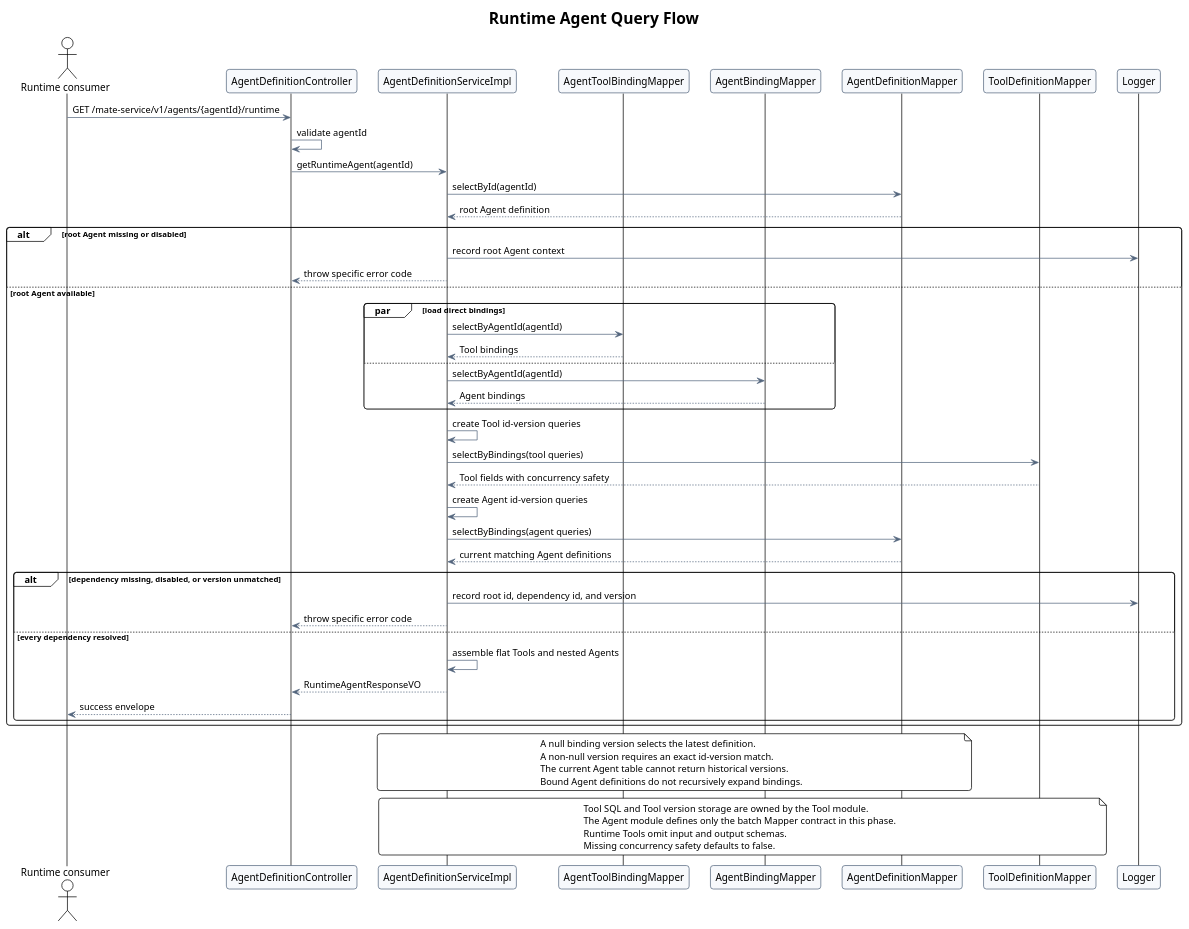
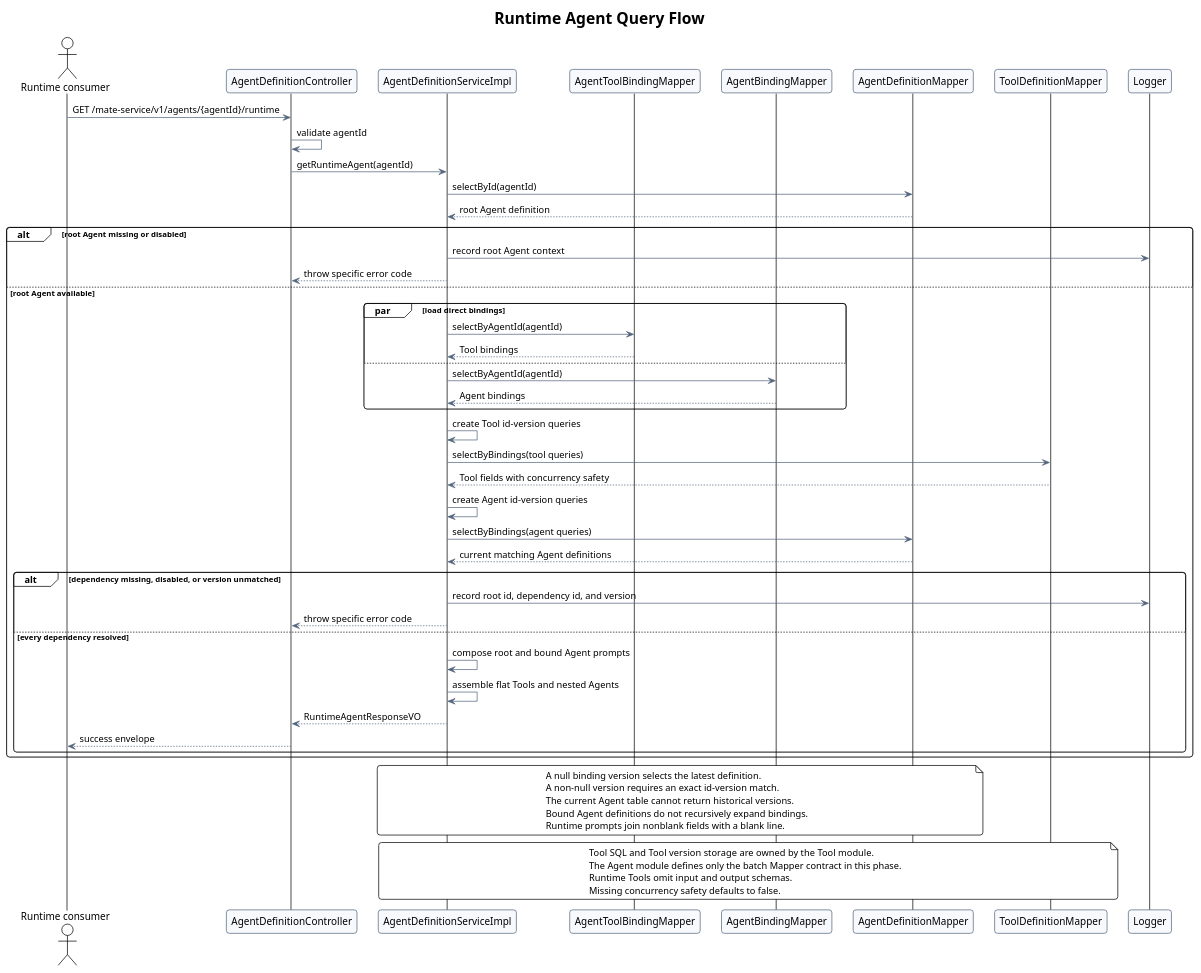
One commit to ssm0808/pi-mono-java-design changed the second of 2 diagrams in agent-metadata-gaussdb-design/diagram.puml. Above: the diagram before and after it, drawn with PlantUML. The commit also changed other lines of this file and 3 other files, not shown here.

Commit message:
docs(agent): define runtime system prompt composition

```diff
--- a/agent-metadata-gaussdb-design/diagram.puml
+++ b/agent-metadata-gaussdb-design/diagram.puml
@@ -171,105 +172,108 @@
 @startuml runtime_agent_query_flow
 !theme plain
 title Runtime Agent Query Flow
 
 skinparam backgroundColor #FFFFFF
 skinparam shadowing false
 skinparam roundcorner 8
 skinparam sequenceArrowThickness 1
 skinparam ArrowColor #53657D
 skinparam ParticipantBorderColor #53657D
 skinparam ParticipantBackgroundColor #F7F9FC
 
 ' Source evidence:
 ' - mate-service baseline path and symbols:
 '   src/main/java/com/huawei/hicampus/mate/agentdefinition/controller/AgentDefinitionController.java
 '   AgentDefinitionController.getAgent.
 '   src/main/java/com/huawei/hicampus/mate/agentdefinition/service/AgentDefinitionService.java
 '   AgentDefinitionService.getAgent.
 '   src/main/java/com/huawei/hicampus/mate/agentdefinition/service/impl/AgentDefinitionServiceImpl.java
 '   AgentDefinitionServiceImpl.getAgent and loadAggregate.
 '   AgentDefinitionServiceImpl.getRuntimeAgent, resolveRuntimeTools,
 '   resolveRuntimeAgents, and indexDefinitions.
 '   src/main/java/com/huawei/hicampus/mate/agentdefinition/mapper/AgentDefinitionMapper.java
 '   AgentDefinitionMapper.selectById.
 '   AgentDefinitionMapper.selectByBindings.
 '   src/main/java/com/huawei/hicampus/mate/agentdefinition/mapper/AgentToolBindingMapper.java
 '   AgentToolBindingMapper.selectByAgentId.
 '   src/main/java/com/huawei/hicampus/mate/agentdefinition/mapper/AgentBindingMapper.java
 '   AgentBindingMapper.selectByAgentId.
 '   src/main/java/com/huawei/hicampus/mate/agentdefinition/mapper/ToolDefinitionMapper.java
 '   ToolDefinitionMapper.selectByBindings.
 '   src/main/java/com/huawei/hicampus/mate/agentdefinition/vo/RuntimeAgentResponseVO.java
 '   RuntimeAgentResponseVO flat Tool and nested Agent response contract.
 '   src/main/java/com/huawei/hicampus/mate/agentdefinition/vo/ToolDefinitionResponseVO.java
 '   ToolDefinitionResponseVO flat bindingTools element.
 ' - TOOL metadata JSON line 8 defines is_concurrency_safe; lines 14-23 define
 '   schemas that the Runtime Agent response intentionally omits.
 ' Observed behavior: getAgent returns binding identifiers and optional versions.
 ' Observed behavior: getRuntimeAgent flattens Tool definitions with concurrency
 ' safety and without schemas, then nests bound Agent definitions.
+' Observed behavior: root and bound Agent prompts use the same composition.
 ' Integration pending: ToolDefinitionMapper SQL is supplied by the Tool owner.
 ' Design reason: batch dependency queries avoid one query per binding.
 ' Security hardening: a missing, disabled, or unmatched dependency fails closed.
 ' Product constraint: no partial Runtime Agent response is returned.
 ' Data-model constraint: t_agent_definition stores only the current Agent version.
 
 actor "Runtime consumer" as Consumer
 participant AgentDefinitionController as Controller
 participant AgentDefinitionServiceImpl as Service
 participant AgentToolBindingMapper as ToolBindingMapper
 participant AgentBindingMapper as AgentBindingMapper
 participant AgentDefinitionMapper as DefinitionMapper
 participant ToolDefinitionMapper as ToolMapper
 participant Logger
 
 Consumer -> Controller: GET /mate-service/v1/agents/{agentId}/runtime
 Controller -> Controller: validate agentId
 Controller -> Service: getRuntimeAgent(agentId)
 Service -> DefinitionMapper: selectById(agentId)
 DefinitionMapper --> Service: root Agent definition
 
 alt root Agent missing or disabled
   Service -> Logger: record root Agent context
   Service --> Controller: throw specific error code
 else root Agent available
   par load direct bindings
     Service -> ToolBindingMapper: selectByAgentId(agentId)
     ToolBindingMapper --> Service: Tool bindings
   else
     Service -> AgentBindingMapper: selectByAgentId(agentId)
     AgentBindingMapper --> Service: Agent bindings
   end
 
   Service -> Service: create Tool id-version queries
   Service -> ToolMapper: selectByBindings(tool queries)
   ToolMapper --> Service: Tool fields with concurrency safety
   Service -> Service: create Agent id-version queries
   Service -> DefinitionMapper: selectByBindings(agent queries)
   DefinitionMapper --> Service: current matching Agent definitions
 
   alt dependency missing, disabled, or version unmatched
     Service -> Logger: record root id, dependency id, and version
     Service --> Controller: throw specific error code
   else every dependency resolved
+    Service -> Service: compose root and bound Agent prompts
     Service -> Service: assemble flat Tools and nested Agents
     Service --> Controller: RuntimeAgentResponseVO
     Controller --> Consumer: success envelope
   end
 end
 
 note over Service,DefinitionMapper
   A null binding version selects the latest definition.
   A non-null version requires an exact id-version match.
   The current Agent table cannot return historical versions.
   Bound Agent definitions do not recursively expand bindings.
+  Runtime prompts join nonblank fields with a blank line.
 end note
 
 note over Service,ToolMapper
   Tool SQL and Tool version storage are owned by the Tool module.
   The Agent module defines only the batch Mapper contract in this phase.
   Runtime Tools omit input and output schemas.
   Missing concurrency safety defaults to false.
 end note
 
 @enduml
```
